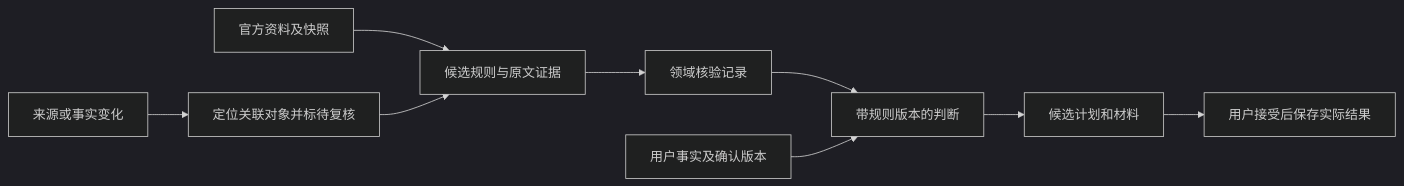
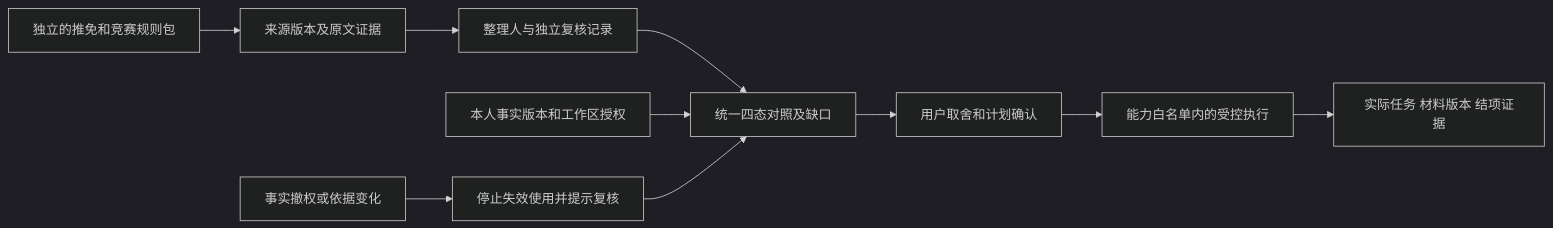
Before and after one commit to LotteryCamp/OfferPilot: the diagram in docs/design/domain-rules/du-yuhe/diagrams/01_规则依据关联.mmd, drawn with Mermaid (dark theme). The commit also changed 12 other files, not shown here.

```diff
--- a/docs/design/domain-rules/du-yuhe/diagrams/01_规则依据关联.mmd
+++ b/docs/design/domain-rules/du-yuhe/diagrams/01_规则依据关联.mmd
@@ -1,9 +1,10 @@
 flowchart LR
-    S[官方资料及快照] --> E[候选规则与原文证据]
-    E --> R[领域核验记录]
-    R --> Q[带规则版本的判断]
-    F[用户事实及确认版本] --> Q
-    Q --> P[候选计划和材料]
-    P --> C[用户接受后保存实际结果]
-    U[来源或事实变化] --> I[定位关联对象并标待复核]
-    I --> E
+    T[独立的推免和竞赛规则包] --> E[来源版本及原文证据]
+    E --> R[整理人与独立复核记录]
+    R --> C[统一四态对照及缺口]
+    F[本人事实版本和工作区授权] --> C
+    C --> D[用户取舍和计划确认]
+    D --> A[能力白名单内的受控执行]
+    A --> O[实际任务 材料版本 结项证据]
+    U[事实撤权或依据变化] --> V[停止失效使用并提示复核]
+    V --> C
```
